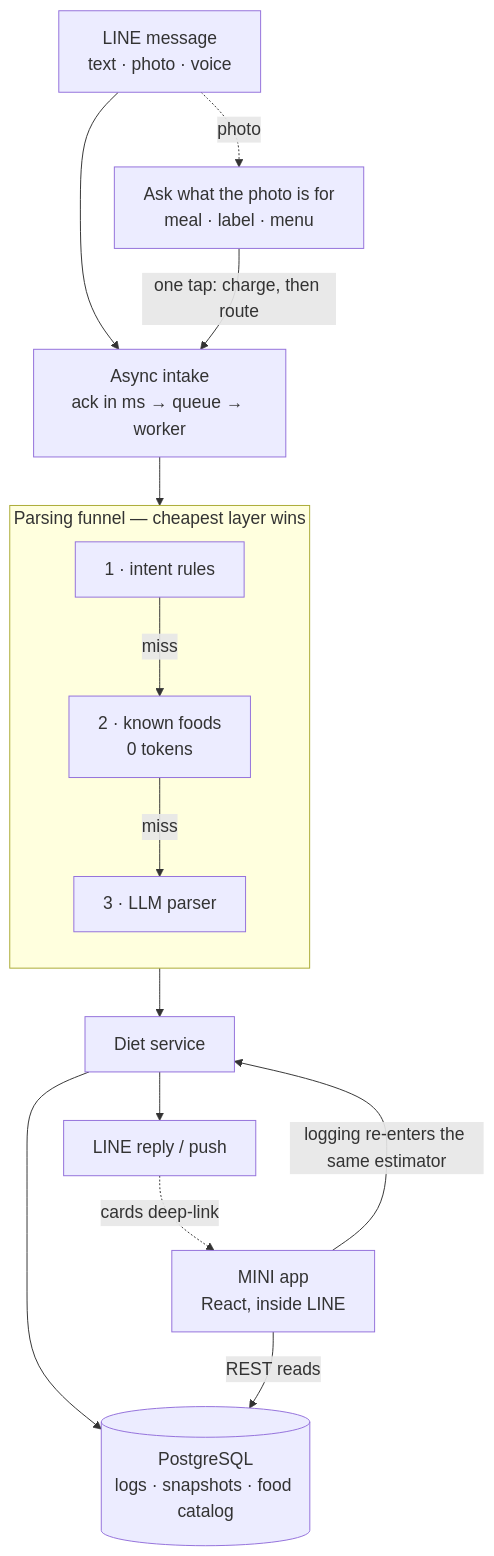
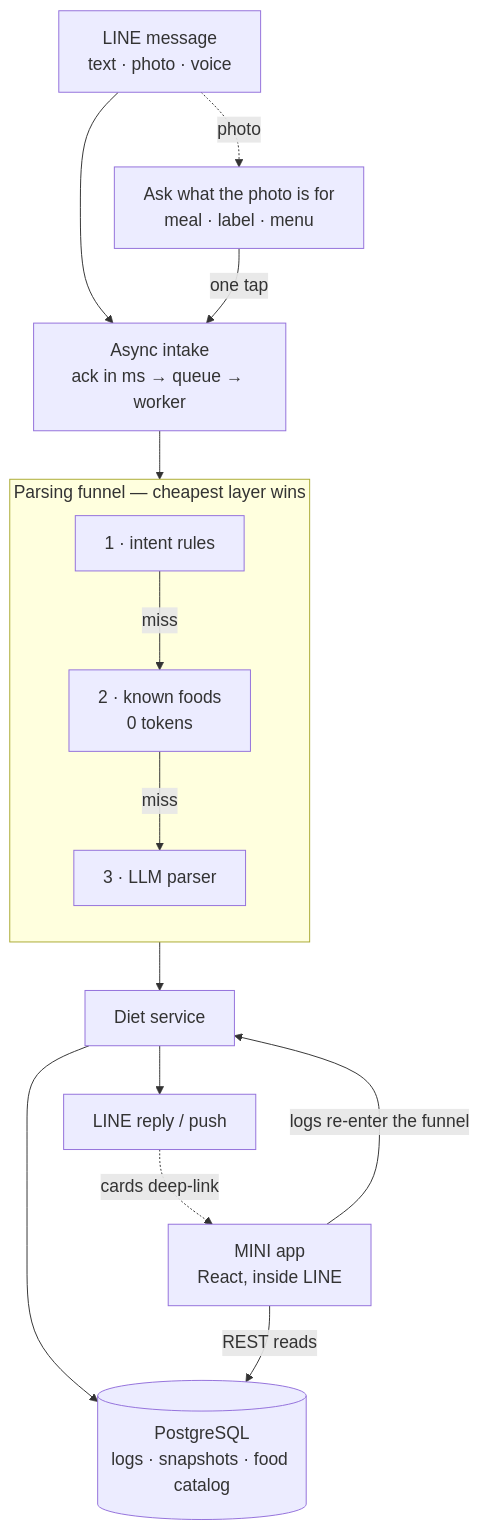
The diagram in README.md (jeffery12697/fitneko-case-study), drawn with Mermaid before and after one commit. The commit also changed other lines of this file, not shown here.

First line of the commit message:
README: cut every bullet to one claim, caption to three sentences

````diff
--- a/README.md
+++ b/README.md
@@ -43,20 +43,20 @@
 ```mermaid
 %%{init: {"themeVariables": {"fontSize": "18px"}}}%%
 flowchart TD
     LINE[LINE message<br/>text · photo · voice] --> IN[Async intake<br/>ack in ms → queue → worker]
     LINE -. photo .-> ASK["Ask what the photo is for<br/>meal · label · menu"]
-    ASK -- "one tap: charge, then route" --> IN
+    ASK -- "one tap" --> IN
     IN --> RP
 
     subgraph FUNNEL [Parsing funnel — cheapest layer wins]
         direction TB
         RP["1 · intent rules"] -- miss --> KF["2 · known foods<br/>0 tokens"] -- miss --> LLM["3 · LLM parser"]
     end
 
     FUNNEL --> SVC[Diet service]
     SVC --> PG[(PostgreSQL<br/>logs · snapshots · food catalog)]
     SVC --> REPLY[LINE reply / push]
     REPLY -. cards deep-link .-> LIFF[MINI app<br/>React, inside LINE]
     LIFF -- REST reads --> PG
-    LIFF -- "logging re-enters the same estimator" --> SVC
+    LIFF -- "logs re-enter the funnel" --> SVC
 ```
````
